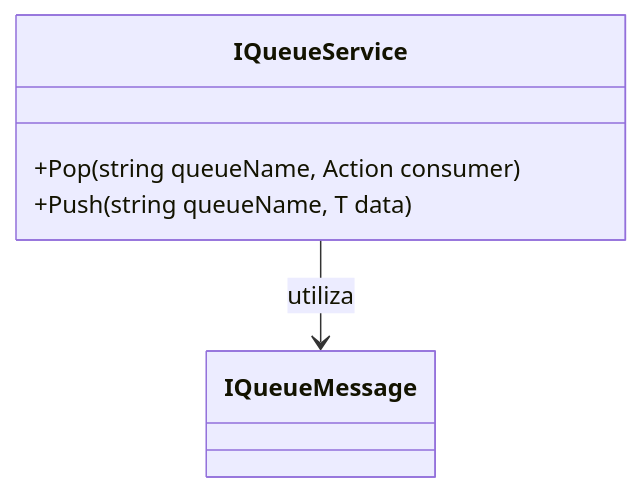
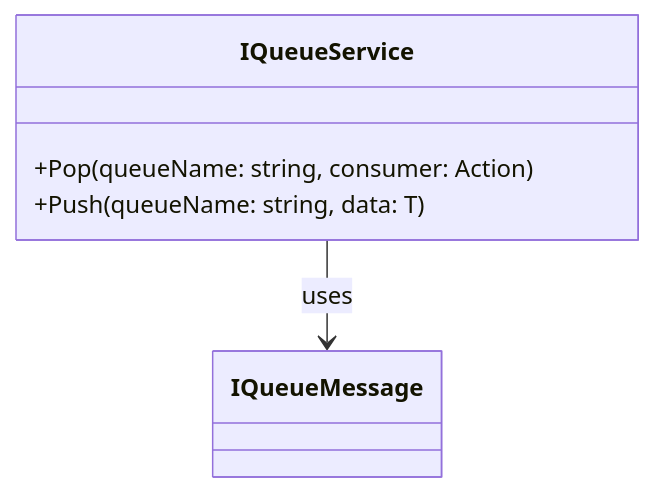
The diagram in docs/b2b-dominio/IsthmusWinthor.Nucleo/IsthmusWinthor.Dominio/Interfaces/IQueueService.md (IsthmusSistemas/documentacao-tecnica), drawn with Mermaid before and after one commit. The commit also changed other lines of this file and 882 other files, not shown here.

````diff
--- a/docs/b2b-dominio/IsthmusWinthor.Nucleo/IsthmusWinthor.Dominio/Interfaces/IQueueService.md
+++ b/docs/b2b-dominio/IsthmusWinthor.Nucleo/IsthmusWinthor.Dominio/Interfaces/IQueueService.md
@@ -37,11 +34,10 @@
 ```mermaid
 classDiagram
     class IQueueService {
-        +Pop<T>(string queueName, Action<T> consumer)
-        +Push<T>(string queueName, T data)
+        +Pop<T>(queueName: string, consumer: Action<T>)
+        +Push<T>(queueName: string, data: T)
     }
-
     class IQueueMessage
-
-    IQueueService --> IQueueMessage : utiliza
+    
+    IQueueService --> IQueueMessage : uses
 ```
````
